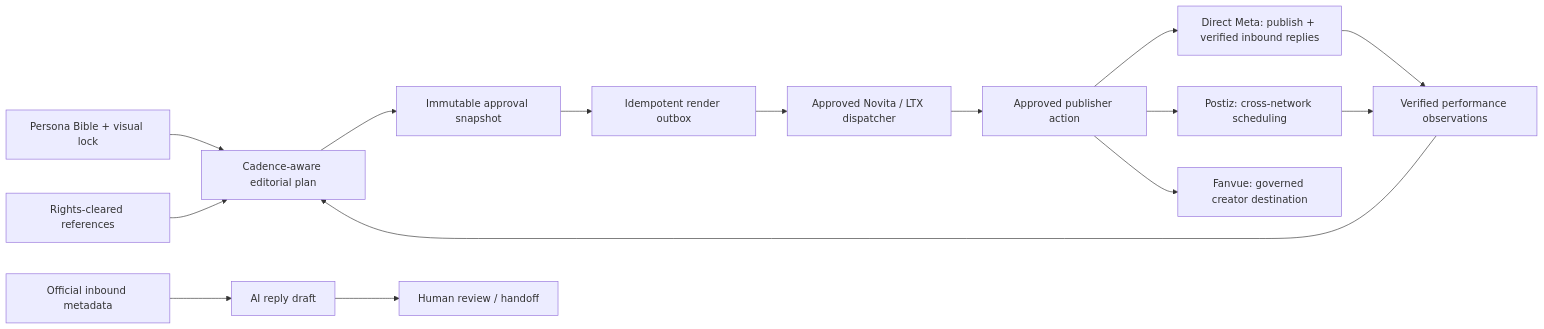
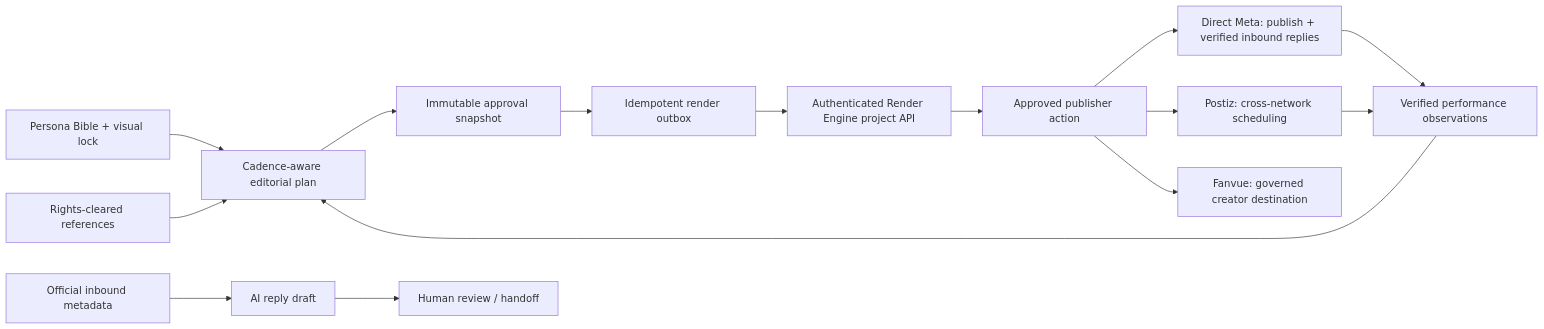
The diagram in docs/CREATOR_PROMOTION_RUNBOOK.md (daniels-project-space/media-engine), drawn with Mermaid before and after one commit. The commit also changed other lines of this file and 15 other files, not shown here.

Commit message:
Route creator images through project Render Engine and R2 receipts

````diff
--- a/docs/CREATOR_PROMOTION_RUNBOOK.md
+++ b/docs/CREATOR_PROMOTION_RUNBOOK.md
@@ -18,17 +18,17 @@
 ```mermaid
 flowchart LR
   Persona["Persona Bible + visual lock"] --> Plan["Cadence-aware editorial plan"]
   References["Rights-cleared references"] --> Plan
   Metrics["Verified performance observations"] --> Plan
   Plan --> Review["Immutable approval snapshot"]
   Review --> Outbox["Idempotent render outbox"]
-  Outbox --> Renderer["Approved Novita / LTX dispatcher"]
+  Outbox --> Renderer["Authenticated Render Engine project API"]
   Renderer --> Publish["Approved publisher action"]
   Publish --> Meta["Direct Meta: publish + verified inbound replies"]
   Publish --> Postiz["Postiz: cross-network scheduling"]
   Publish --> Fanvue["Fanvue: governed creator destination"]
   Meta --> Metrics
   Postiz --> Metrics
   Inbox["Official inbound metadata"] --> Draft["AI reply draft"]
   Draft --> Human["Human review / handoff"]
 ```
````
